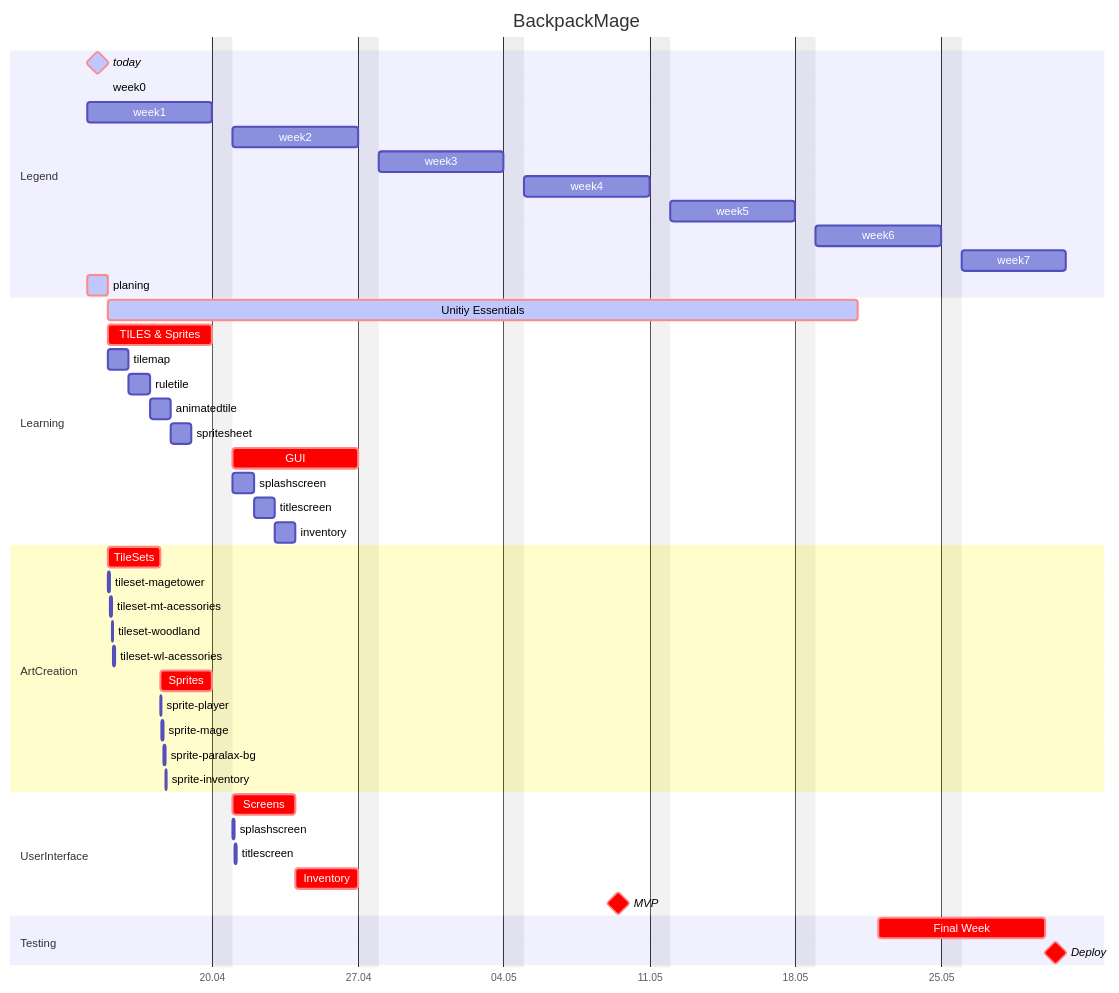
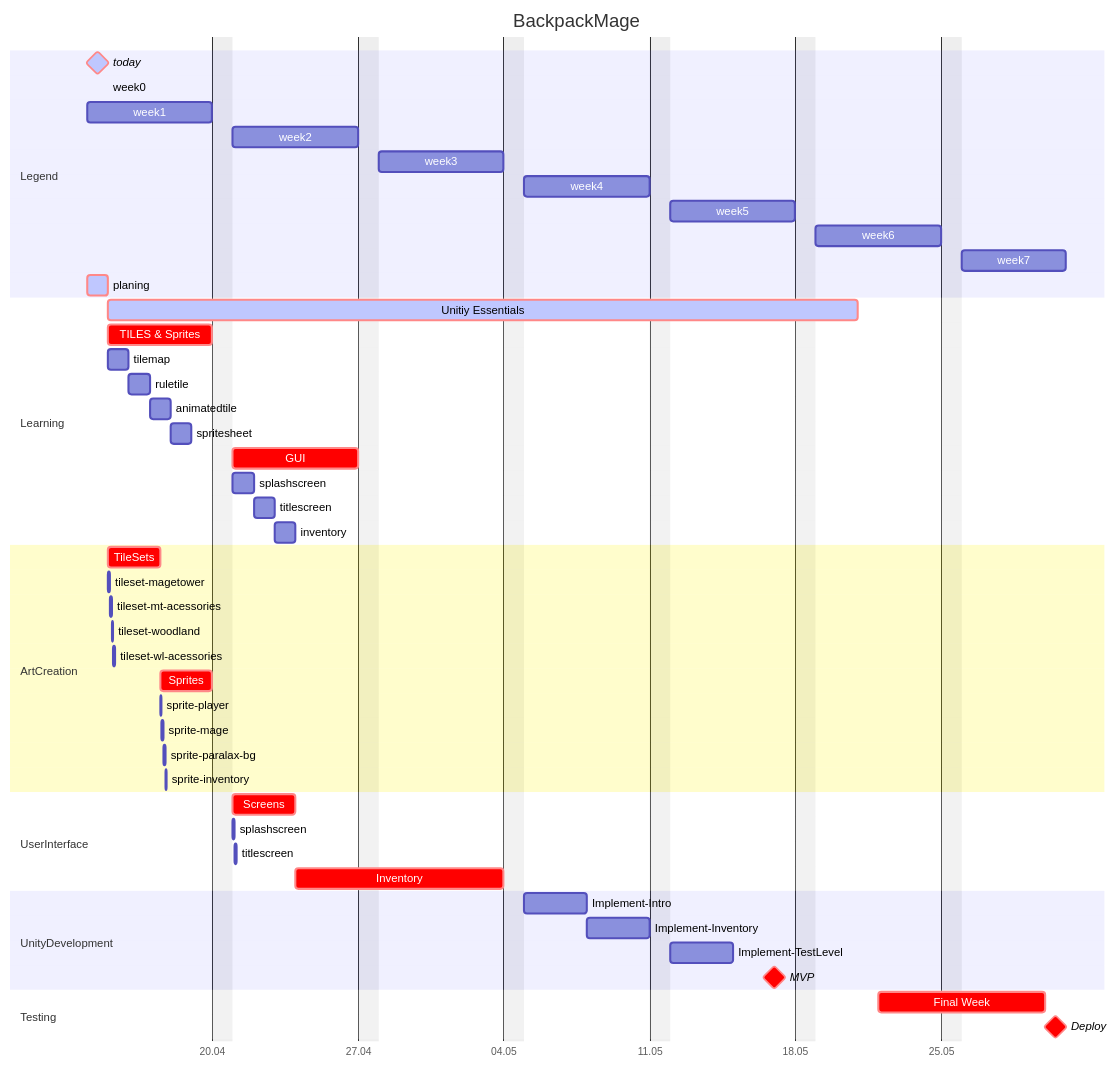
The diagram in chart.md (IxI-Enki/backpackmage), drawn with Mermaid before and after one commit.

````diff
--- a/chart.md
+++ b/chart.md
@@ -1,77 +1,83 @@
 ```mermaid
 gantt
     %%   T I T L E
     title BackpackMage
 
     dateFormat DD-MM-YYYY
     excludes sunday
 
     axisFormat %d.%m
 
     section Legend
         today : milestone, crit, active, t0, 14-04-2025, 24h
         week0 : w0, 15-04-2025, 1m
         week1 : w1, 14-04-2025, 6d
         week2 : w2, 21-04-2025, 6d
         week3 : w3, 28-04-2025, 6d
         week4 : w4, 05-05-2025, 6d
         week5 : w5, 12-05-2025, 6d
         week6 : w6, 19-05-2025, 6d
         week7 : w7, 26-05-2025, 5d
 
         planing               : active , crit , plan , 14-04-2025 , 1d
     section Learning
         Unitiy Essentials     : active , crit ,  U , after w0 , 31d
 
         TILES & Sprites       :          crit ,  t , after w0 ,  5d
         tilemap               :                 tm , after w0 ,  1d
 
         ruletile              :                 tr , after tm   ,  1d
         animatedtile          :                 ta , after tr   ,  1d
         spritesheet           :                  s , after ta   ,  1d
 
 
         GUI                   :          crit ,  g , after w1 ,  6d
         splashscreen          :                  s , after w1 ,  1d
         titlescreen           :                 ts , after s    ,  1d
 
         inventory             :                   i, after ts   ,  1d
 
 
 
     section ArtCreation
 
         %%   T I L E S E T S
         TileSets              :          crit , tis , after w0 , 60h
         tileset-magetower     :                 tsm , after w0 , 2h
         tileset-mt-acessories :                tsma , after tsm  , 2h
         tileset-woodland      :                 tsw , after tsma , 2h
         tileset-wl-acessories :                tswa , after tsw  , 2h
 
         %%   S P R I T E S
-        Sprites               :          crit , spr , after tis  , 60h
-        sprite-player         :                 spp , after tis  , 2h
-        sprite-mage           :                 spm , after spp  , 2h
-        sprite-paralax-bg     :                spgb , after spm  , 2h
-        sprite-inventory      :                spin , after spgb , 2h
+        Sprites               :          crit , spr , after tis   , 60h
+        sprite-player         :                 spp , after tis   , 2h
+        sprite-mage           :                 spm , after spp   , 2h
+        sprite-paralax-bg     :                spgb , after spm   , 2h
+        sprite-inventory      :                spin , after spgb  , 2h
 
     section UserInterface
-        Screens               :          crit , scr , after w1 , 3d
-        splashscreen          :                spls , after w1 , 2h
-        titlescreen           :                tits , after spls , 2h
+        Screens               :          crit , scr , after w1    , 3d
+        splashscreen          :                spls , after w1    , 2h
+        titlescreen           :                tits , after spls  , 2h
 
-        Inventory             :          crit , inv , after scr  , 3d
+        Inventory             :          crit , inv , after scr   , 9d
 
+    section UnityDevelopment
+        Implement-Intro       :               intro , after inv , 3d
+
+        Implement-Inventory   :               invent , after intro , 3d
+
+        Implement-TestLevel   :               test , after invent , 3d
 
     %%   M I N I M A L   V I A B L E   P R O J E C T
     %%
     MVP                       : milestone , crit , 18-05-2025
 
     section Testing
         Final Week            :          crit , fiw , 22-05-2025 , 7d
 
     %%   D E P L O Y M E N T
     %%
     Deploy                    : milestone , crit , 31-05-2025
 
 ```
````
